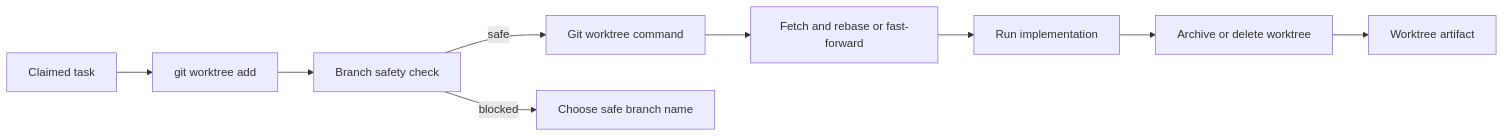
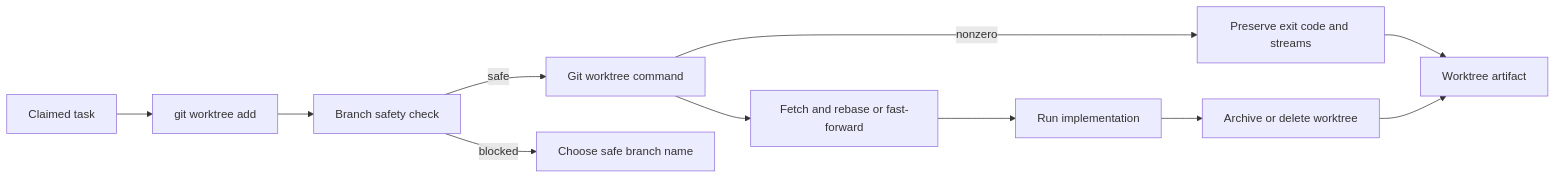
Before and after one commit to VannaDii/ironloom: the diagram in packages/worktrees/README.md, drawn with Mermaid. The commit also changed other lines of this file and 71 other files, not shown here.

````diff
--- a/packages/worktrees/README.md
+++ b/packages/worktrees/README.md
@@ -15,11 +18,13 @@
 ```mermaid
 flowchart LR
   Task[Claimed task] --> Allocate[git worktree add]
   Allocate --> Safety[Branch safety check]
   Safety -->|safe| Git[Git worktree command]
   Safety -->|blocked| Operator[Choose safe branch name]
+  Git -->|nonzero| Failure[Preserve exit code and streams]
   Git --> Sync[Fetch and rebase or fast-forward]
   Sync --> Implement[Run implementation]
   Implement --> Release[Archive or delete worktree]
+  Failure --> Audit
   Release --> Audit[Worktree artifact]
 ```
````
